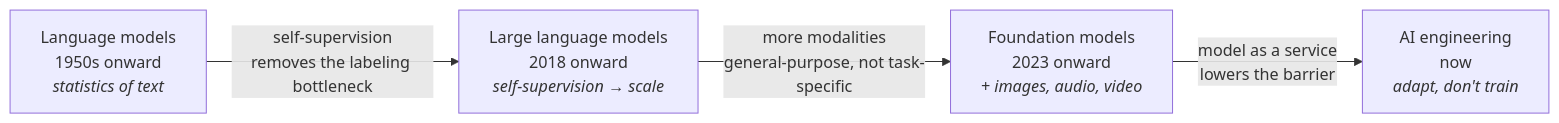
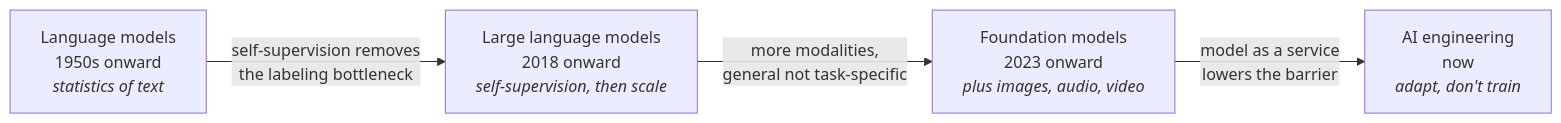
Before and after one commit to utkarshinobi/mind: the first of 8 diagrams in book/chapter-01.md, drawn with Mermaid. The commit also changed other lines of this file, not shown here.

````diff
--- a/book/chapter-01.md
+++ b/book/chapter-01.md
@@ -258,11 +55,11 @@
 ```mermaid
 flowchart LR
     A["Language models<br/>1950s onward<br/><i>statistics of text</i>"]
-    B["Large language models<br/>2018 onward<br/><i>self-supervision → scale</i>"]
-    C["Foundation models<br/>2023 onward<br/><i>+ images, audio, video</i>"]
+    B["Large language models<br/>2018 onward<br/><i>self-supervision, then scale</i>"]
+    C["Foundation models<br/>2023 onward<br/><i>plus images, audio, video</i>"]
     D["AI engineering<br/>now<br/><i>adapt, don't train</i>"]
 
-    A -->|"self-supervision<br/>removes the labeling bottleneck"| B
-    B -->|"more modalities<br/>general-purpose, not task-specific"| C
+    A -->|"self-supervision removes<br/>the labeling bottleneck"| B
+    B -->|"more modalities,<br/>general not task-specific"| C
     C -->|"model as a service<br/>lowers the barrier"| D
 ```
````
